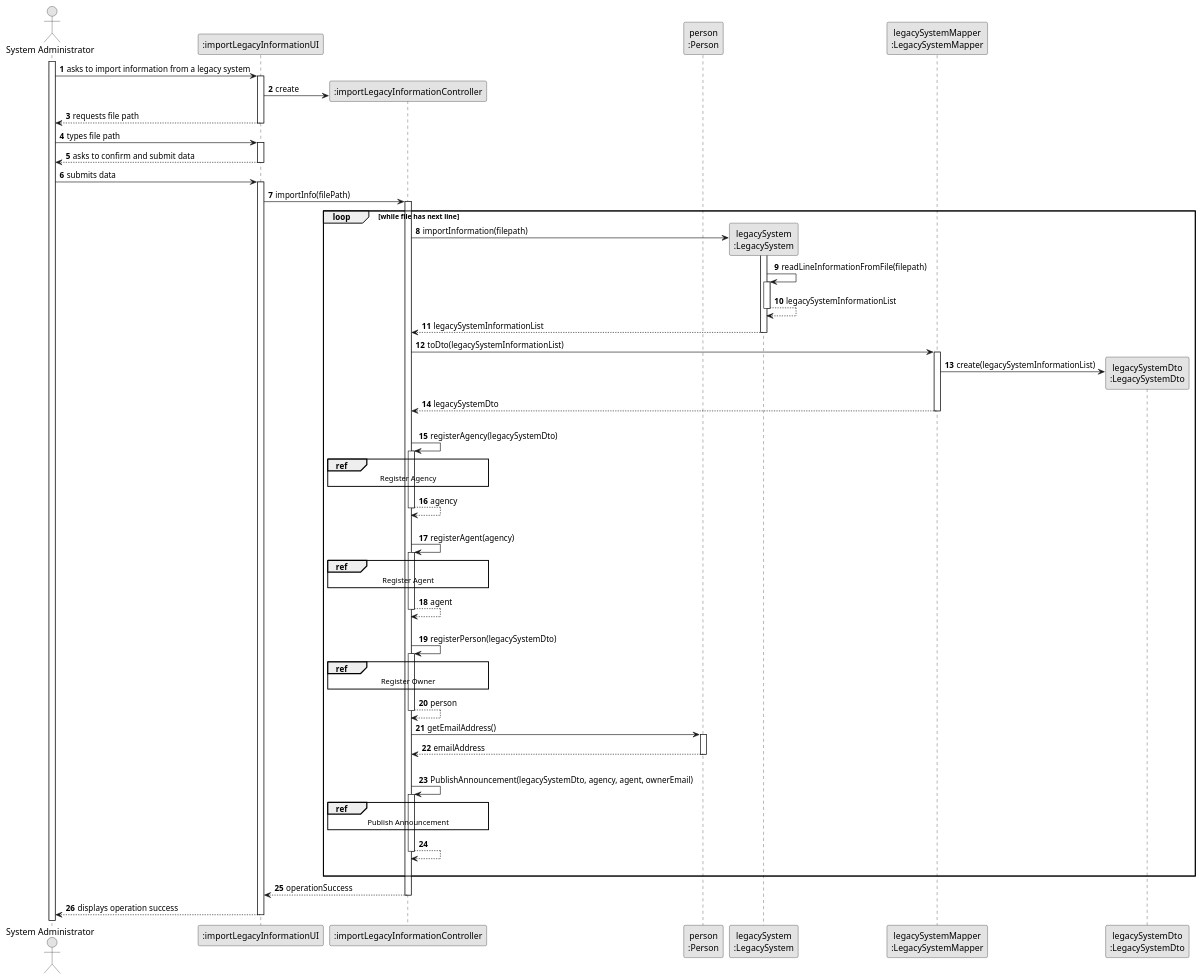
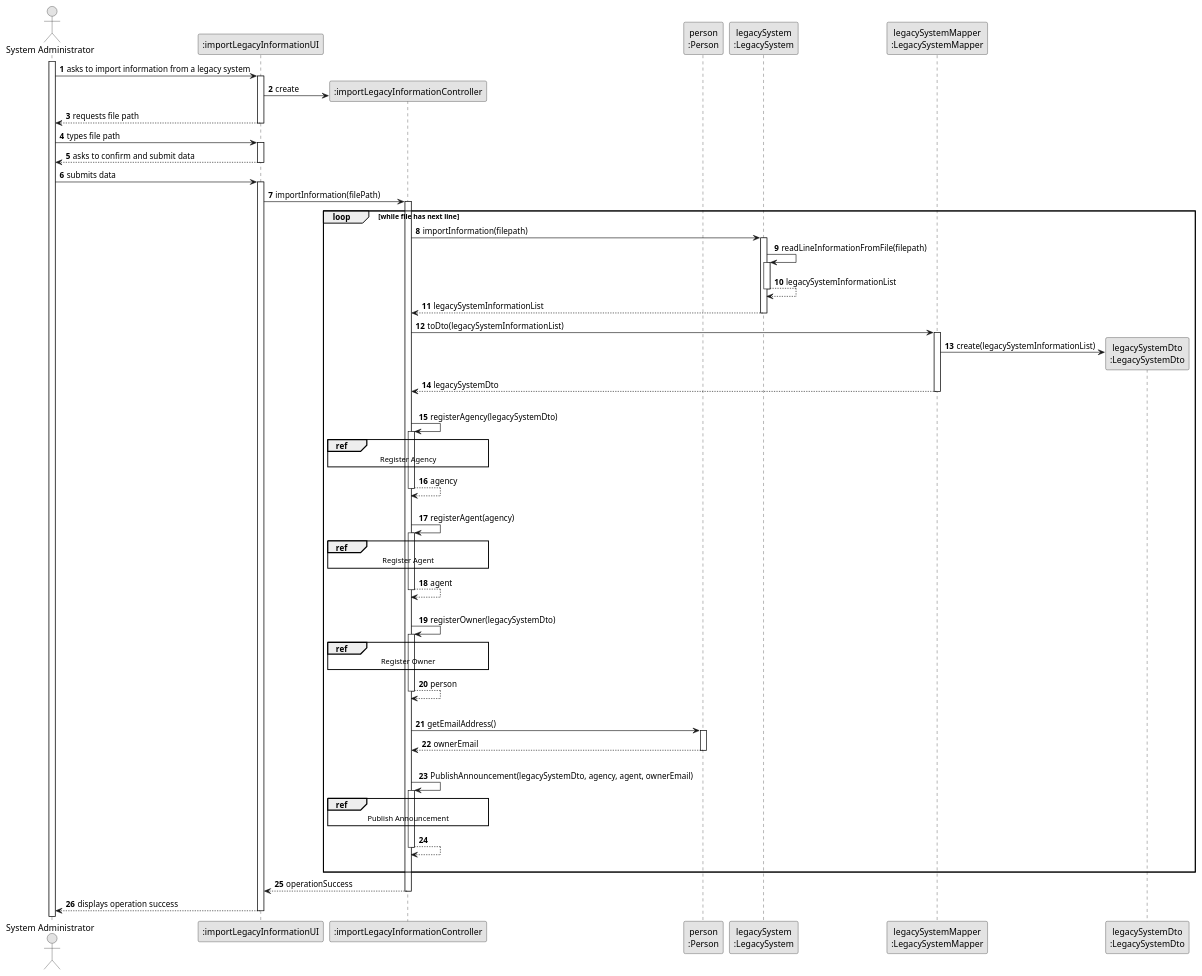
Before and after one commit to rita-barbosa/LAPR2-2223: the diagram in docs/sprintC/us012/03.design/puml/us012-sequence-diagram-split.puml, drawn with PlantUML. The commit also changed 4 other files, not shown here.

Commit message:
Update sequence & class diagram [US012][Design]

```diff
--- a/docs/sprintC/us012/03.design/puml/us012-sequence-diagram-split.puml
+++ b/docs/sprintC/us012/03.design/puml/us012-sequence-diagram-split.puml
@@ -1,112 +1,112 @@
 @startuml
 skinparam monochrome true
 skinparam packageStyle rectangle
 skinparam shadowing false
 
 autonumber
 
 'hide footbox
 actor "System Administrator" as ADM
 participant ":importLegacyInformationUI" as UI
 participant ":importLegacyInformationController" as CTRL
 participant "person\n:Person" as PERSON
 participant "legacySystem\n:LegacySystem" as LS
 participant "legacySystemMapper\n:LegacySystemMapper" as LSMapper
 participant "legacySystemDto\n:LegacySystemDto" as LSDto
 
 activate ADM
 
     ADM -> UI : asks to import information from a legacy system
     activate UI
 
     UI -> CTRL**: create
 
     UI --> ADM : requests file path
     deactivate UI
 
     ADM -> UI : types file path
     activate UI
 
     UI --> ADM : asks to confirm and submit data
     deactivate UI
 
     ADM -> UI : submits data
     activate UI
 
-    UI -> CTRL: importInfo(filePath)
+    UI -> CTRL: importInformation(filePath)
     activate CTRL
 
 
     loop while file has next line
 
-      CTRL -> LS** : importInformation(filepath)
+      CTRL -> LS: importInformation(filepath)
       activate LS
 
       LS -> LS : readLineInformationFromFile(filepath)
       activate LS
 
       LS --> LS: legacySystemInformationList
       deactivate LS
 
      CTRL <-- LS : legacySystemInformationList
       deactivate LS
 
       CTRL -> LSMapper : toDto(legacySystemInformationList)
       activate LSMapper
 
       LSMapper -> LSDto** : create(legacySystemInformationList)
 
       LSMapper --> CTRL : legacySystemDto
       deactivate LSMapper
 
     |||
     CTRL -> CTRL : registerAgency(legacySystemDto)
     activate CTRL
     ref over CTRL
         Register Agency
     end ref
     CTRL --> CTRL : agency
     deactivate CTRL
     |||
 
     CTRL -> CTRL : registerAgent(agency)
     activate CTRL
     ref over CTRL
         Register Agent
     end ref
     CTRL --> CTRL : agent
     deactivate CTRL
     |||
 
-    CTRL -> CTRL : registerPerson(legacySystemDto)
+    CTRL -> CTRL : registerOwner(legacySystemDto)
     activate CTRL
     ref over CTRL
         Register Owner
     end ref
     CTRL --> CTRL: person
     deactivate CTRL
-
+    |||
     CTRL -> PERSON : getEmailAddress()
     activate PERSON
 
-    PERSON --> CTRL : emailAddress
+    PERSON --> CTRL : ownerEmail
     deactivate PERSON
 |||
     CTRL -> CTRL : PublishAnnouncement(legacySystemDto, agency, agent, ownerEmail)
     activate CTRL
     ref over CTRL
         Publish Announcement
     end ref
         CTRL --> CTRL
     deactivate CTRL
 
 |||
      end loop
 
     CTRL --> UI: operationSuccess
     deactivate CTRL
 
     UI --> ADM : displays operation success
     deactivate UI
 
 @enduml
```
